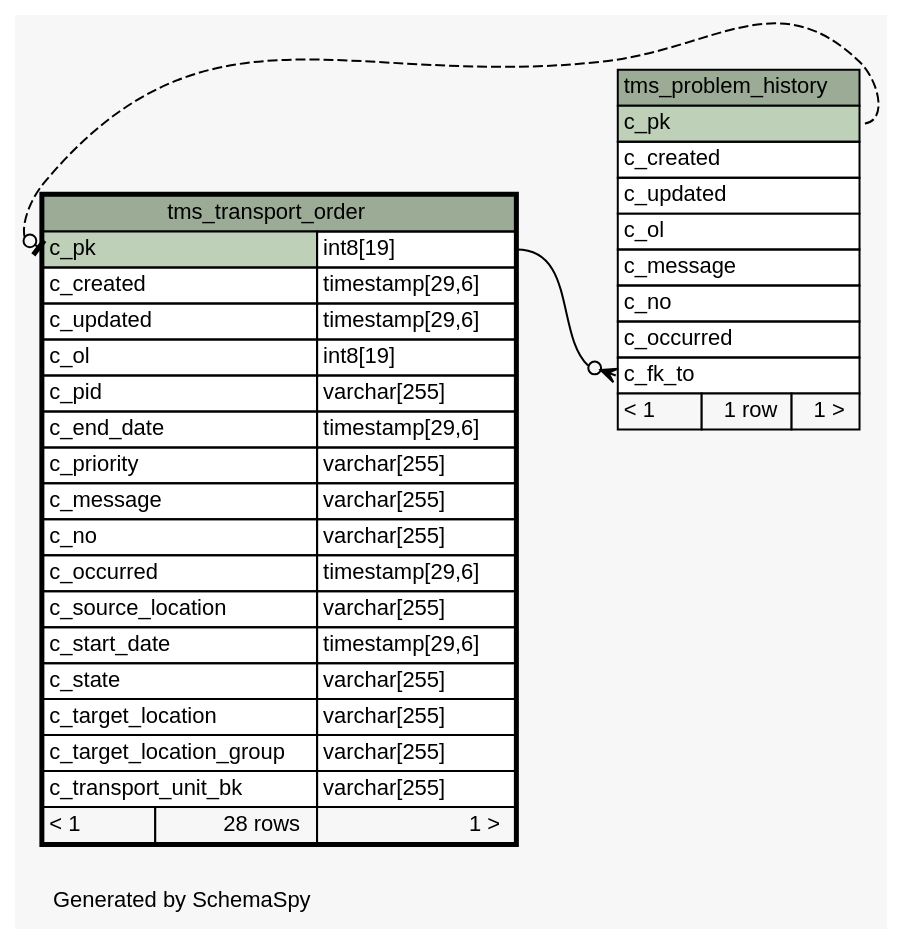
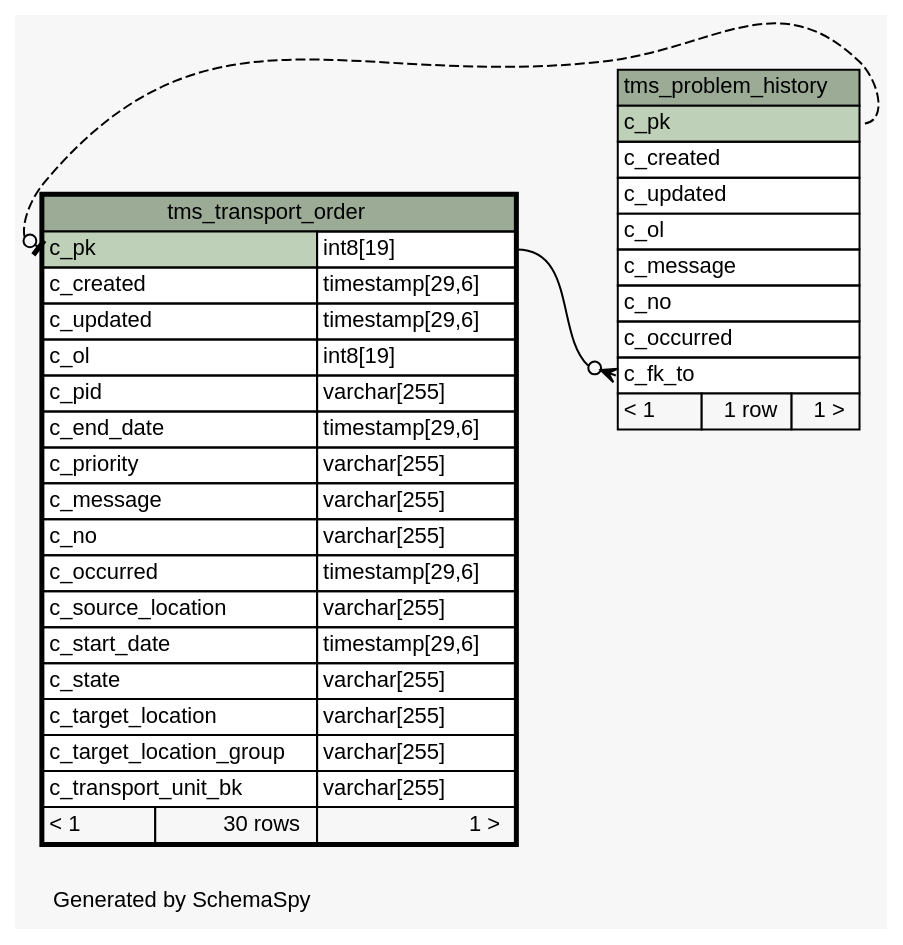
The diagram in schemaspy/diagrams/tms_transport_order.implied2degrees.dot (openwms/org.openwms.tms.transportation), drawn with Graphviz before and after one commit. The commit also changed 317 other files, not shown here.

```diff
--- a/schemaspy/diagrams/tms_transport_order.implied2degrees.dot
+++ b/schemaspy/diagrams/tms_transport_order.implied2degrees.dot
@@ -1,66 +1,66 @@
 // dot 2.36.0 on Linux 4.4.0-101-generic
 // SchemaSpy rev Unknown
 digraph "impliedTwoDegreesRelationshipsDiagram" {
   graph [
     rankdir="RL"
     bgcolor="#f7f7f7"
     label="\nGenerated by SchemaSpy"
     labeljust="l"
     nodesep="0.18"
     ranksep="0.46"
     fontname="Helvetica"
     fontsize="11"
   ];
   node [
     fontname="Helvetica"
     fontsize="11"
     shape="plaintext"
   ];
   edge [
     arrowsize="0.8"
   ];
   "tms_problem_history":"c_fk_to":w -> "tms_transport_order":"c_pk.type":e [arrowhead=none dir=back arrowtail=crowodot];
   "tms_transport_order":"c_pk":w -> "tms_problem_history":"c_pk":e [arrowhead=none dir=back arrowtail=teeodot style=dashed];
   "tms_problem_history" [
     label=<
     <TABLE BORDER="0" CELLBORDER="1" CELLSPACING="0" BGCOLOR="#ffffff">
       <TR><TD COLSPAN="3" BGCOLOR="#9bab96" ALIGN="CENTER">tms_problem_history</TD></TR>
       <TR><TD PORT="c_pk" COLSPAN="3" BGCOLOR="#bed1b8" ALIGN="LEFT">c_pk</TD></TR>
       <TR><TD PORT="c_created" COLSPAN="3" ALIGN="LEFT">c_created</TD></TR>
       <TR><TD PORT="c_updated" COLSPAN="3" ALIGN="LEFT">c_updated</TD></TR>
       <TR><TD PORT="c_ol" COLSPAN="3" ALIGN="LEFT">c_ol</TD></TR>
       <TR><TD PORT="c_message" COLSPAN="3" ALIGN="LEFT">c_message</TD></TR>
       <TR><TD PORT="c_no" COLSPAN="3" ALIGN="LEFT">c_no</TD></TR>
       <TR><TD PORT="c_occurred" COLSPAN="3" ALIGN="LEFT">c_occurred</TD></TR>
       <TR><TD PORT="c_fk_to" COLSPAN="3" ALIGN="LEFT">c_fk_to</TD></TR>
       <TR><TD ALIGN="LEFT" BGCOLOR="#f7f7f7">&lt; 1</TD><TD ALIGN="RIGHT" BGCOLOR="#f7f7f7">1 row</TD><TD ALIGN="RIGHT" BGCOLOR="#f7f7f7">1 &gt;</TD></TR>
     </TABLE>>
     URL="tms_problem_history.html"
     tooltip="tms_problem_history"
   ];
   "tms_transport_order" [
     label=<
     <TABLE BORDER="2" CELLBORDER="1" CELLSPACING="0" BGCOLOR="#ffffff">
       <TR><TD COLSPAN="3" BGCOLOR="#9bab96" ALIGN="CENTER">tms_transport_order</TD></TR>
       <TR><TD PORT="c_pk" COLSPAN="2" BGCOLOR="#bed1b8" ALIGN="LEFT">c_pk</TD><TD PORT="c_pk.type" ALIGN="LEFT">int8[19]</TD></TR>
       <TR><TD PORT="c_created" COLSPAN="2" ALIGN="LEFT">c_created</TD><TD PORT="c_created.type" ALIGN="LEFT">timestamp[29,6]</TD></TR>
       <TR><TD PORT="c_updated" COLSPAN="2" ALIGN="LEFT">c_updated</TD><TD PORT="c_updated.type" ALIGN="LEFT">timestamp[29,6]</TD></TR>
       <TR><TD PORT="c_ol" COLSPAN="2" ALIGN="LEFT">c_ol</TD><TD PORT="c_ol.type" ALIGN="LEFT">int8[19]</TD></TR>
       <TR><TD PORT="c_pid" COLSPAN="2" ALIGN="LEFT">c_pid</TD><TD PORT="c_pid.type" ALIGN="LEFT">varchar[255]</TD></TR>
       <TR><TD PORT="c_end_date" COLSPAN="2" ALIGN="LEFT">c_end_date</TD><TD PORT="c_end_date.type" ALIGN="LEFT">timestamp[29,6]</TD></TR>
       <TR><TD PORT="c_priority" COLSPAN="2" ALIGN="LEFT">c_priority</TD><TD PORT="c_priority.type" ALIGN="LEFT">varchar[255]</TD></TR>
       <TR><TD PORT="c_message" COLSPAN="2" ALIGN="LEFT">c_message</TD><TD PORT="c_message.type" ALIGN="LEFT">varchar[255]</TD></TR>
       <TR><TD PORT="c_no" COLSPAN="2" ALIGN="LEFT">c_no</TD><TD PORT="c_no.type" ALIGN="LEFT">varchar[255]</TD></TR>
       <TR><TD PORT="c_occurred" COLSPAN="2" ALIGN="LEFT">c_occurred</TD><TD PORT="c_occurred.type" ALIGN="LEFT">timestamp[29,6]</TD></TR>
       <TR><TD PORT="c_source_location" COLSPAN="2" ALIGN="LEFT">c_source_location</TD><TD PORT="c_source_location.type" ALIGN="LEFT">varchar[255]</TD></TR>
       <TR><TD PORT="c_start_date" COLSPAN="2" ALIGN="LEFT">c_start_date</TD><TD PORT="c_start_date.type" ALIGN="LEFT">timestamp[29,6]</TD></TR>
       <TR><TD PORT="c_state" COLSPAN="2" ALIGN="LEFT">c_state</TD><TD PORT="c_state.type" ALIGN="LEFT">varchar[255]</TD></TR>
       <TR><TD PORT="c_target_location" COLSPAN="2" ALIGN="LEFT">c_target_location</TD><TD PORT="c_target_location.type" ALIGN="LEFT">varchar[255]</TD></TR>
       <TR><TD PORT="c_target_location_group" COLSPAN="2" ALIGN="LEFT">c_target_location_group</TD><TD PORT="c_target_location_group.type" ALIGN="LEFT">varchar[255]</TD></TR>
       <TR><TD PORT="c_transport_unit_bk" COLSPAN="2" ALIGN="LEFT">c_transport_unit_bk</TD><TD PORT="c_transport_unit_bk.type" ALIGN="LEFT">varchar[255]</TD></TR>
-      <TR><TD ALIGN="LEFT" BGCOLOR="#f7f7f7">&lt; 1</TD><TD ALIGN="RIGHT" BGCOLOR="#f7f7f7">28 rows</TD><TD ALIGN="RIGHT" BGCOLOR="#f7f7f7">1 &gt;</TD></TR>
+      <TR><TD ALIGN="LEFT" BGCOLOR="#f7f7f7">&lt; 1</TD><TD ALIGN="RIGHT" BGCOLOR="#f7f7f7">30 rows</TD><TD ALIGN="RIGHT" BGCOLOR="#f7f7f7">1 &gt;</TD></TR>
     </TABLE>>
     URL="tms_transport_order.html"
     tooltip="tms_transport_order"
   ];
 }
```
